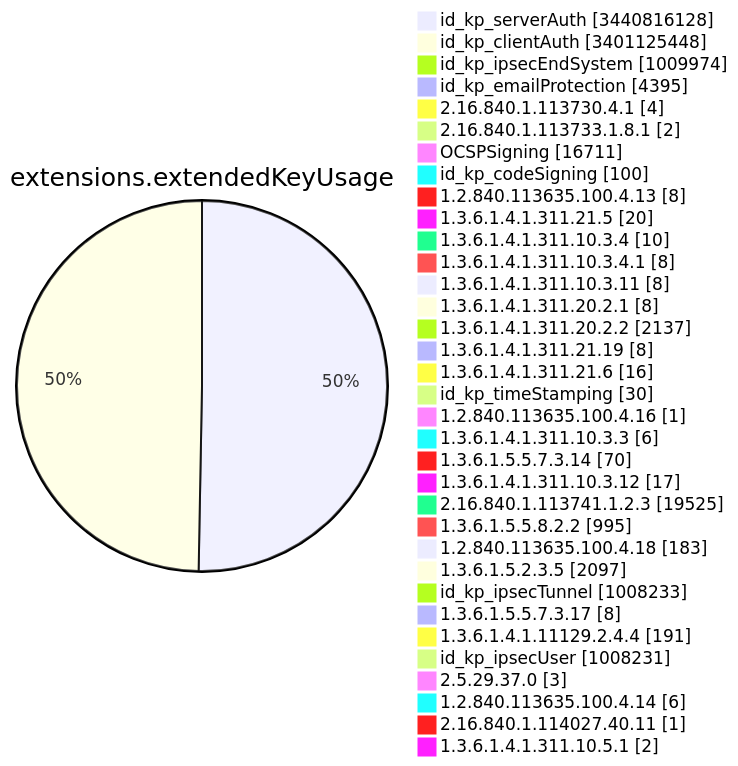
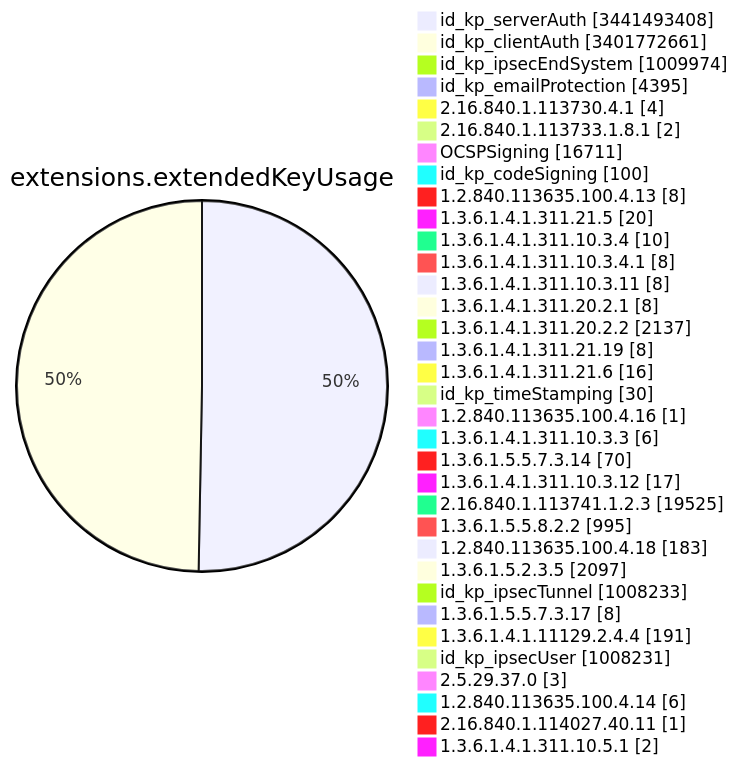
Diagram 11 of 15 in TOTAL/README.md (christiankrug/ctmonitor_visualization), drawn with Mermaid before and after one commit. The commit also changed other lines of this file, not shown here.

````diff
--- a/TOTAL/README.md
+++ b/TOTAL/README.md
@@ -4123,38 +4123,38 @@
 ```mermaid
 pie showData
 title extensions.extendedKeyUsage
-"id_kp_serverAuth" :3440816128
-"id_kp_clientAuth" :3401125448
+"id_kp_serverAuth" :3441493408
+"id_kp_clientAuth" :3401772661
 "id_kp_ipsecEndSystem" :1009974
 "id_kp_emailProtection" :4395
 "2.16.840.1.113730.4.1" :4
 "2.16.840.1.113733.1.8.1" :2
 "OCSPSigning" :16711
 "id_kp_codeSigning" :100
 "1.2.840.113635.100.4.13" :8
 "1.3.6.1.4.1.311.21.5" :20
 "1.3.6.1.4.1.311.10.3.4" :10
 "1.3.6.1.4.1.311.10.3.4.1" :8
 "1.3.6.1.4.1.311.10.3.11" :8
 "1.3.6.1.4.1.311.20.2.1" :8
 "1.3.6.1.4.1.311.20.2.2" :2137
 "1.3.6.1.4.1.311.21.19" :8
 "1.3.6.1.4.1.311.21.6" :16
 "id_kp_timeStamping" :30
 "1.2.840.113635.100.4.16" :1
 "1.3.6.1.4.1.311.10.3.3" :6
 "1.3.6.1.5.5.7.3.14" :70
 "1.3.6.1.4.1.311.10.3.12" :17
 "2.16.840.1.113741.1.2.3" :19525
 "1.3.6.1.5.5.8.2.2" :995
 "1.2.840.113635.100.4.18" :183
 "1.3.6.1.5.2.3.5" :2097
 "id_kp_ipsecTunnel" :1008233
 "1.3.6.1.5.5.7.3.17" :8
 "1.3.6.1.4.1.11129.2.4.4" :191
 "id_kp_ipsecUser" :1008231
 "2.5.29.37.0" :3
 "1.2.840.113635.100.4.14" :6
 "2.16.840.1.114027.40.11" :1
 "1.3.6.1.4.1.311.10.5.1" :2
 ```
````
